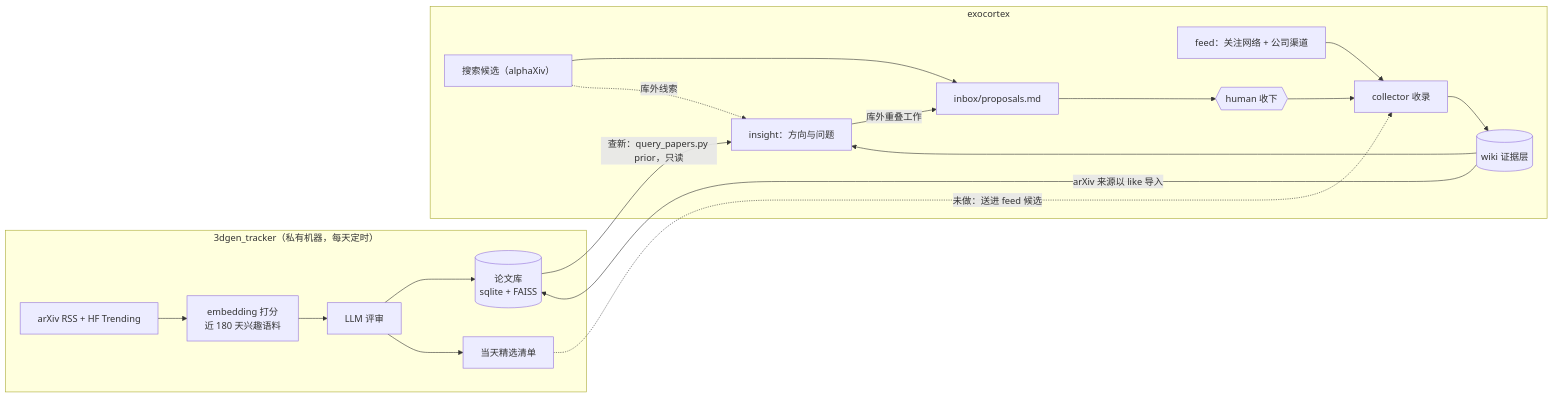
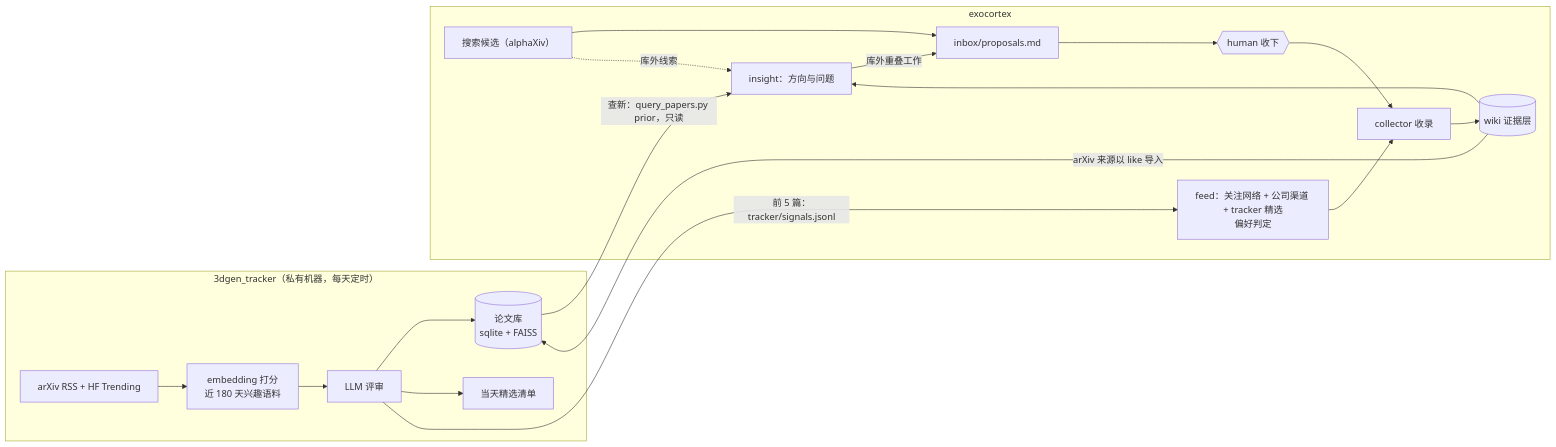
Before and after one commit to ZJLi2013/exocortex: the first of 2 diagrams in docs/design.md, drawn with Mermaid. The commit also changed other lines of this file, not shown here.

Commit message:
Design: tracker picks feed the judge as a third source

````diff
--- a/docs/design.md
+++ b/docs/design.md
@@ -13,18 +13,18 @@
 ```mermaid
 flowchart LR
   subgraph T["3dgen_tracker（私有机器，每天定时）"]
     rss["arXiv RSS + HF Trending"] --> emb["embedding 打分<br/>近 180 天兴趣语料"] --> ed["LLM 评审"]
     ed --> db[("论文库<br/>sqlite + FAISS")]
     ed --> top["当天精选清单"]
   end
   subgraph E["exocortex"]
-    feed["feed：关注网络 + 公司渠道"] --> col["collector 收录"]
+    feed["feed：关注网络 + 公司渠道 + tracker 精选<br/>偏好判定"] --> col["collector 收录"]
     srch["搜索候选（alphaXiv）"] --> prop["inbox/proposals.md"] --> hum{{"human 收下"}} --> col
     col --> wiki[("wiki 证据层")] --> ins["insight：方向与问题"]
   end
   wiki -- "arXiv 来源以 like 导入" --> db
   db -- "查新：query_papers.py prior，只读" --> ins
   srch -. "库外线索" .-> ins
   ins -- "库外重叠工作" --> prop
-  top -. "未做：送进 feed 候选" .-> col
+  ed -- "前 5 篇：tracker/signals.jsonl" --> feed
 ```
````
